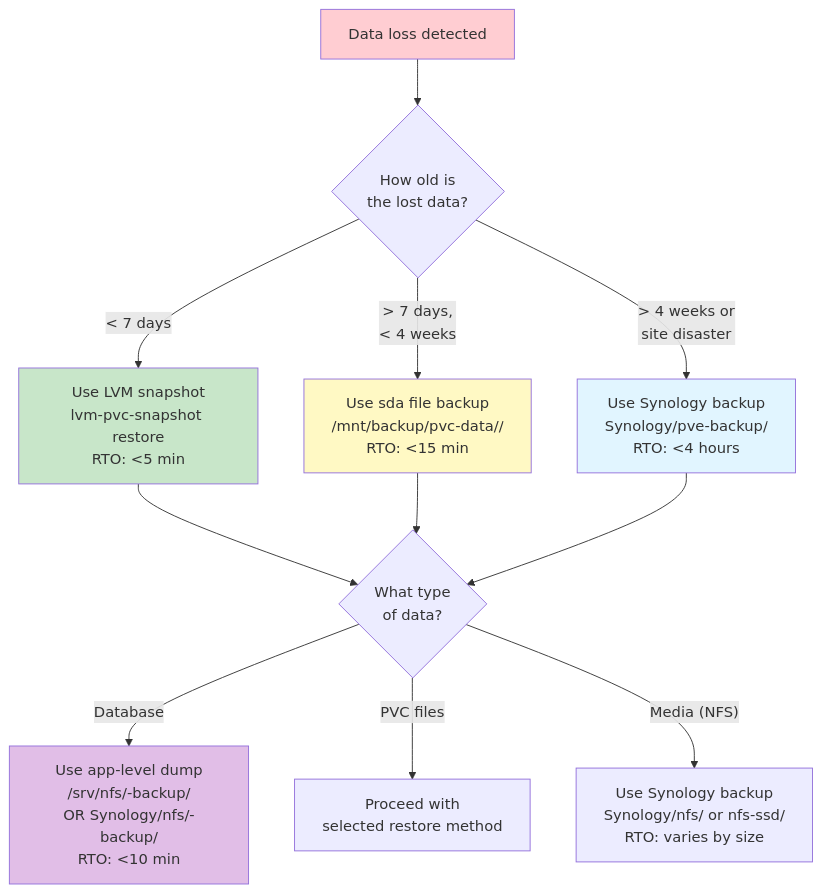
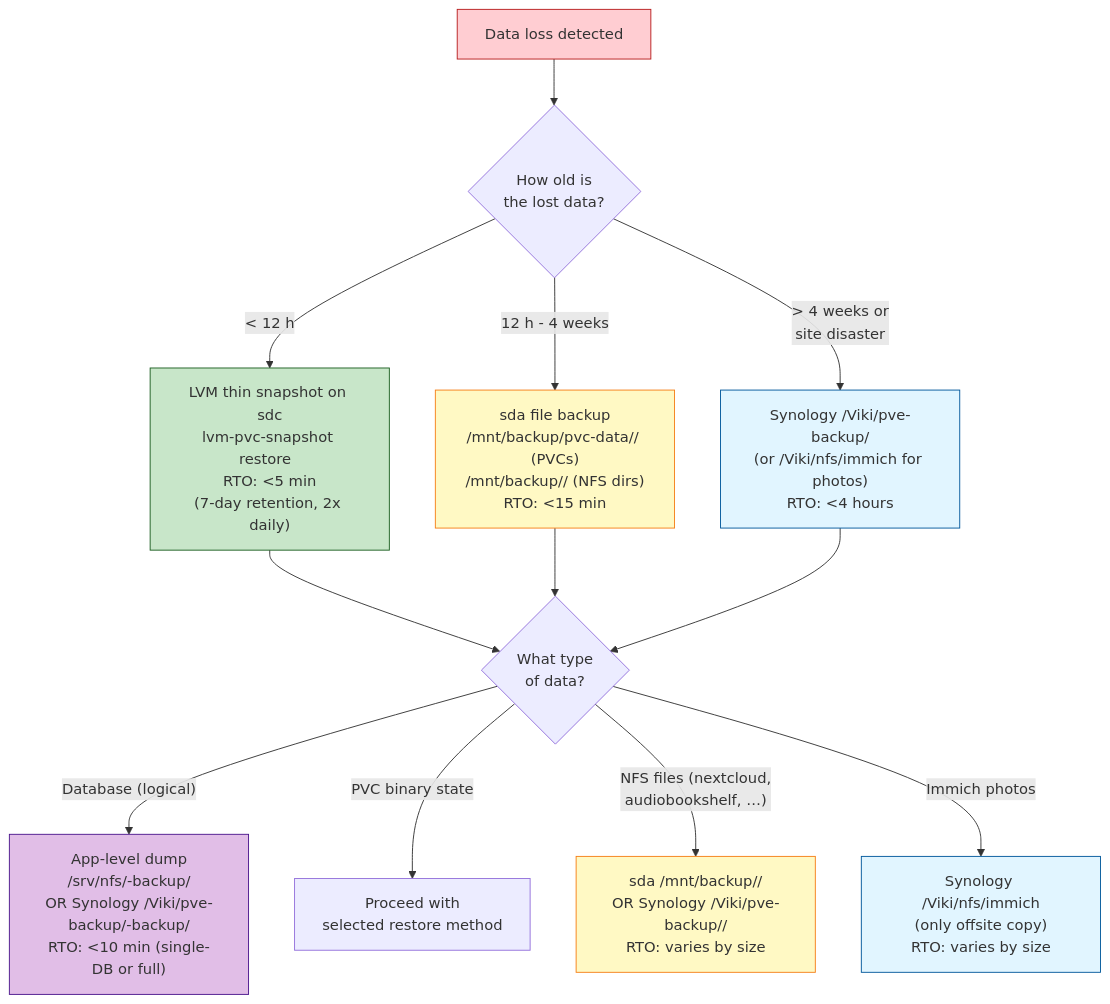
The fifth of 6 diagrams in docs/architecture/backup-dr.md (ViktorBarzin/infra), drawn with Mermaid before and after one commit. The commit also changed other lines of this file, not shown here.

First line of the commit message:
backup-dr docs: refresh diagrams for daily/immich-only architecture

````diff
--- a/docs/architecture/backup-dr.md
+++ b/docs/architecture/backup-dr.md
@@ -175,26 +233,27 @@
 ```mermaid
 graph TB
-    Start["Data loss detected"]
+    Start["Data loss detected"]:::start
     Age{"How old is<br/>the lost data?"}
     Type{"What type<br/>of data?"}
 
     Start --> Age
 
-    Age -->|"< 7 days"| LVM["Use LVM snapshot<br/>lvm-pvc-snapshot restore<br/>RTO: <5 min"]
-    Age -->|"> 7 days,<br/>< 4 weeks"| FileBackup["Use sda file backup<br/>/mnt/backup/pvc-data/<week>/<br/>RTO: <15 min"]
-    Age -->|"> 4 weeks or<br/>site disaster"| Offsite["Use Synology backup<br/>Synology/pve-backup/<br/>RTO: <4 hours"]
+    Age -->|"< 12 h"| LVM["LVM thin snapshot on sdc<br/>lvm-pvc-snapshot restore <lv> <snap><br/>RTO: <5 min<br/>(7-day retention, 2x daily)"]:::fast
+    Age -->|"12 h - 4 weeks"| FileBackup["sda file backup<br/>/mnt/backup/pvc-data/<YYYY-WW>/ (PVCs)<br/>/mnt/backup/<svc>/ (NFS dirs)<br/>RTO: <15 min"]:::med
+    Age -->|"> 4 weeks or<br/>site disaster"| Offsite["Synology /Viki/pve-backup/<br/>(or /Viki/nfs/immich for photos)<br/>RTO: <4 hours"]:::slow
 
     LVM --> Type
     FileBackup --> Type
     Offsite --> Type
 
-    Type -->|"Database"| AppBackup["Use app-level dump<br/>/srv/nfs/<service>-backup/<br/>OR Synology/nfs/<service>-backup/<br/>RTO: <10 min"]
-    Type -->|"PVC files"| Proceed["Proceed with<br/>selected restore method"]
-    Type -->|"Media (NFS)"| OffsiteMedia["Use Synology backup<br/>Synology/nfs/ or nfs-ssd/<br/>RTO: varies by size"]
+    Type -->|"Database (logical)"| AppBackup["App-level dump<br/>/srv/nfs/<service>-backup/<br/>OR Synology /Viki/pve-backup/<service>-backup/<br/>RTO: <10 min (single-DB or full)"]:::db
+    Type -->|"PVC binary state"| Proceed["Proceed with<br/>selected restore method"]
+    Type -->|"NFS files (nextcloud,<br/>audiobookshelf, …)"| NFSRestore["sda /mnt/backup/<svc>/<br/>OR Synology /Viki/pve-backup/<svc>/<br/>RTO: varies by size"]:::med
+    Type -->|"Immich photos"| ImmichRestore["Synology /Viki/nfs/immich<br/>(only offsite copy)<br/>RTO: varies by size"]:::slow
 
-    style Start fill:#ffcdd2
-    style LVM fill:#c8e6c9
-    style FileBackup fill:#fff9c4
-    style Offsite fill:#e1f5ff
-    style AppBackup fill:#e1bee7
+    classDef start fill:#ffcdd2,stroke:#b71c1c
+    classDef fast fill:#c8e6c9,stroke:#1b5e20
+    classDef med fill:#fff9c4,stroke:#f57f17
+    classDef slow fill:#e1f5ff,stroke:#01579b
+    classDef db fill:#e1bee7,stroke:#4a148c
 ```
````
